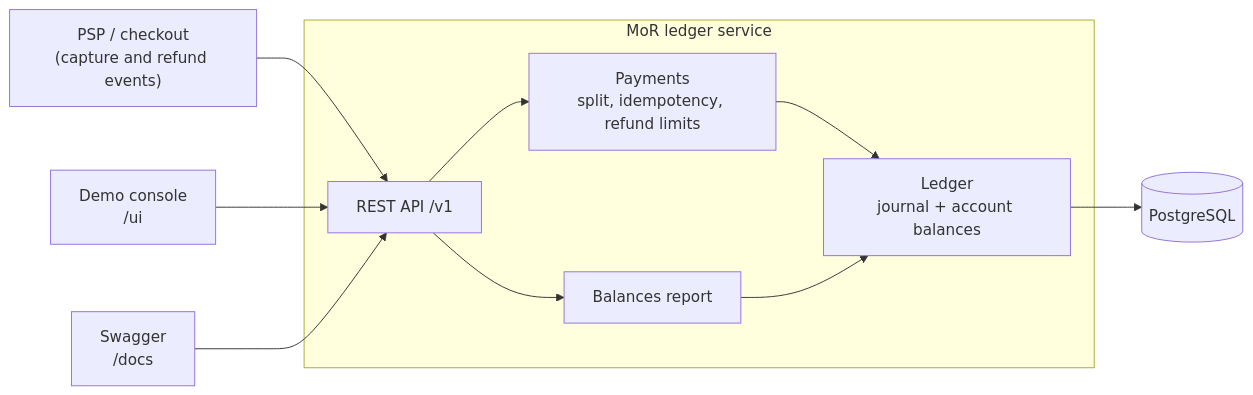
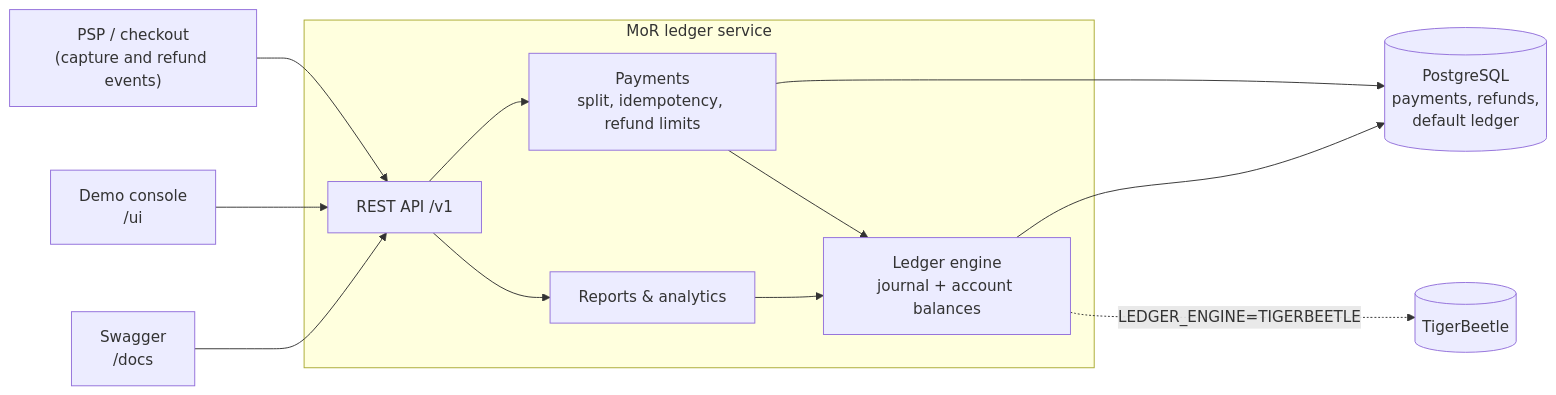
Before and after one commit to refined/outpost: the diagram in README.md, drawn with Mermaid. The commit also changed other lines of this file and 48 other files, not shown here.

````diff
--- a/README.md
+++ b/README.md
@@ -27,13 +29,15 @@
 ```mermaid
 flowchart LR
     PSP["PSP / checkout<br/>(capture and refund events)"] --> API
     UI["Demo console<br/>/ui"] --> API
     SW["Swagger<br/>/docs"] --> API
     subgraph service["MoR ledger service"]
         API["REST API /v1"] --> PAY["Payments<br/>split, idempotency, refund limits"]
-        API --> REP["Balances report"]
-        PAY --> LED["Ledger<br/>journal + account balances"]
+        API --> REP["Reports & analytics"]
+        PAY --> LED["Ledger engine<br/>journal + account balances"]
         REP --> LED
     end
-    LED --> DB[("PostgreSQL")]
+    PAY --> DB[("PostgreSQL<br/>payments, refunds,<br/>default ledger")]
+    LED --> DB
+    LED -. "LEDGER_ENGINE=TIGERBEETLE" .-> TB[("TigerBeetle")]
 ```
````
